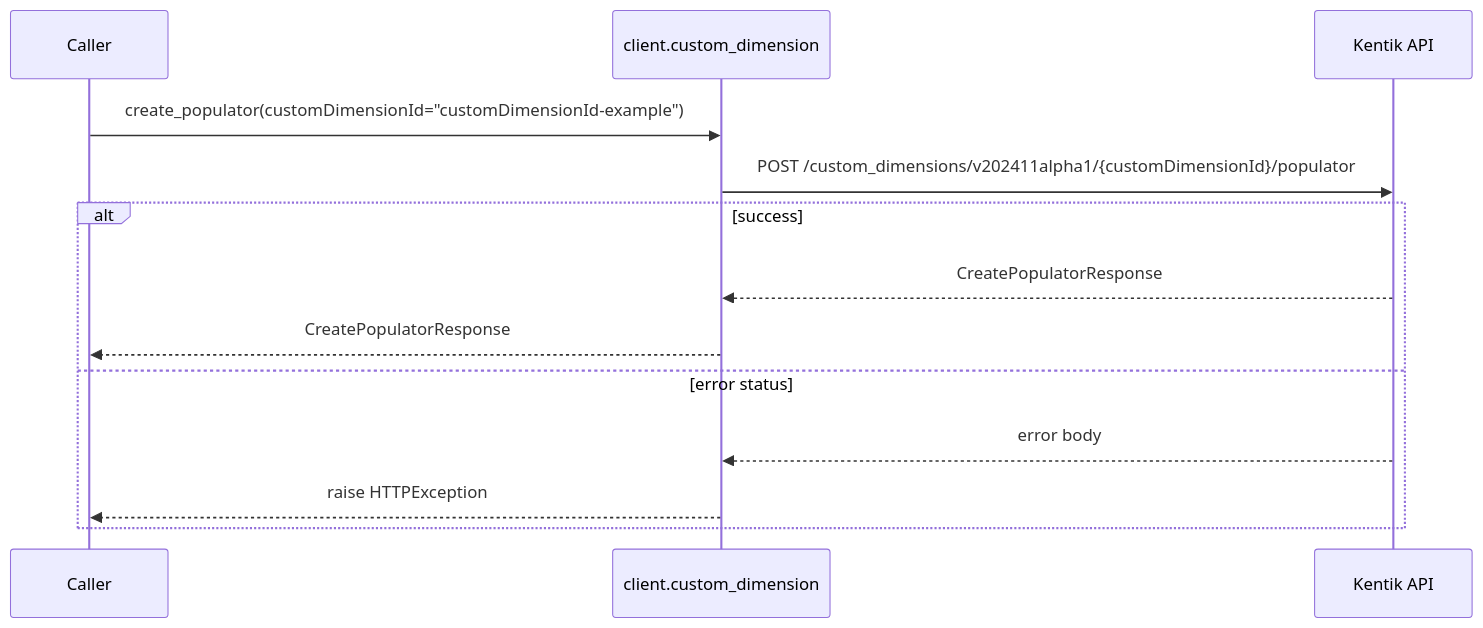
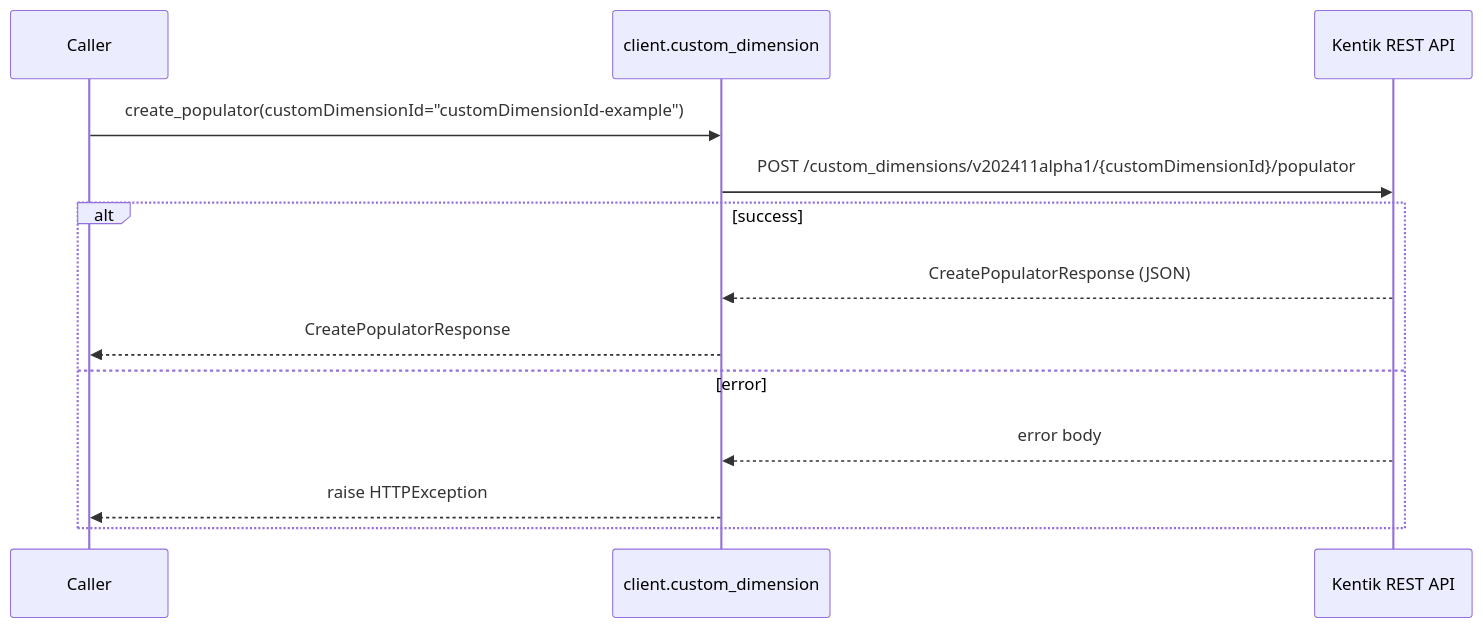
Before and after one commit to alexdearaujo/community_sdk_python: the tenth of 22 diagrams in docs/sphinx/services/custom_dimension.md, drawn with Mermaid. The commit also changed other lines of this file and 61 other files, not shown here.

````diff
--- a/docs/sphinx/services/custom_dimension.md
+++ b/docs/sphinx/services/custom_dimension.md
@@ -226,16 +328,16 @@
 ```mermaid
 sequenceDiagram
     participant C as Caller
     participant W as client.custom_dimension
-    participant API as Kentik API
+    participant API as Kentik REST API
 
     C->>W: create_populator(customDimensionId="customDimensionId-example")
     W->>API: POST /custom_dimensions/v202411alpha1/{customDimensionId}/populator
     alt success
-        API-->>W: CreatePopulatorResponse
+        API-->>W: CreatePopulatorResponse (JSON)
         W-->>C: CreatePopulatorResponse
-    else error status
+    else error
         API-->>W: error body
         W-->>C: raise HTTPException
     end
 ```
````
